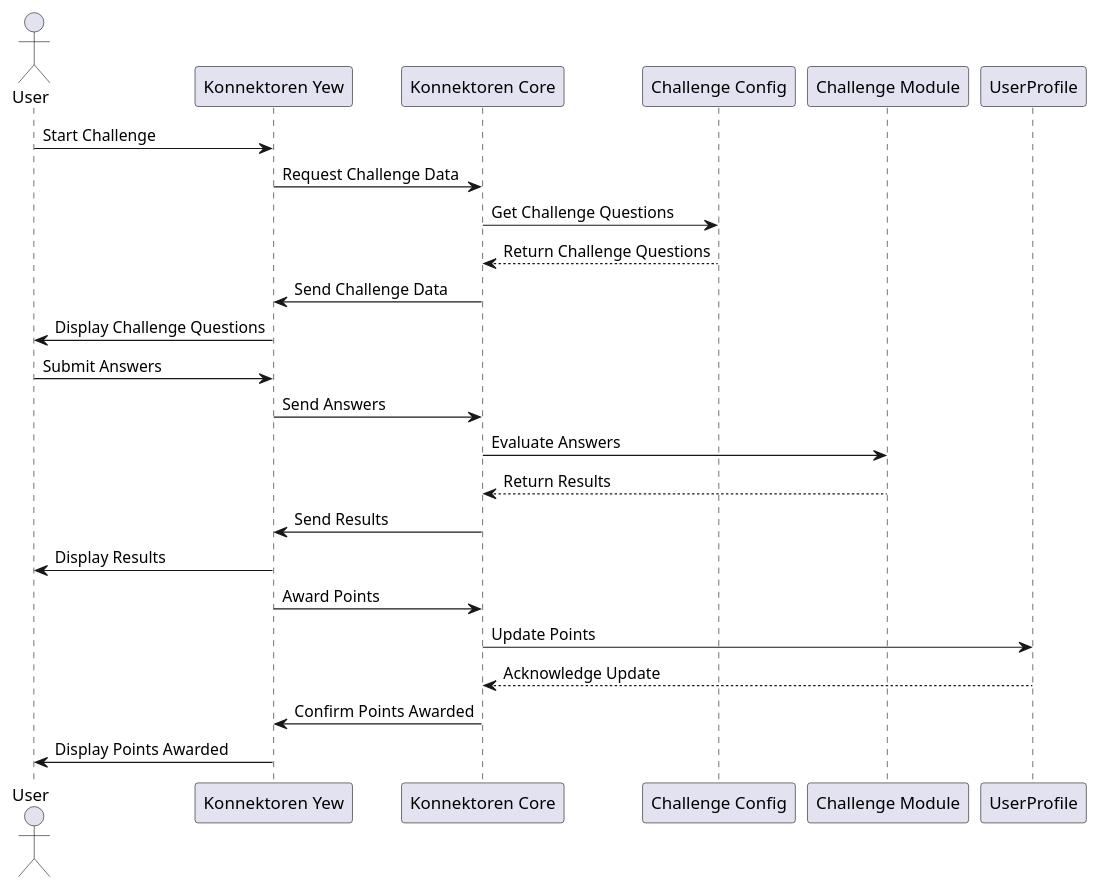
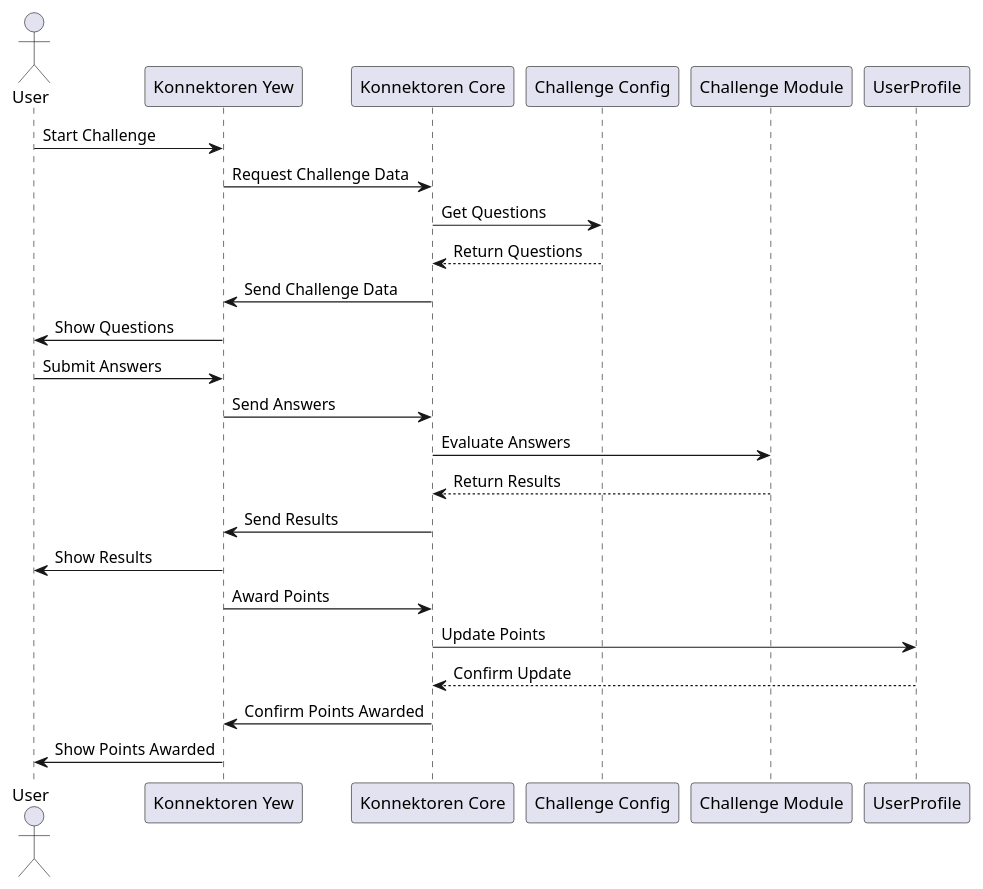
The third of 7 diagrams in docs/src/06_runtime_view.adoc (konnektoren/konnektoren-rs), drawn with PlantUML before and after one commit. The commit also changed other lines of this file, not shown here.

```diff
--- a/docs/src/06_runtime_view.adoc
+++ b/docs/src/06_runtime_view.adoc
@@ -117,30 +120,31 @@
 [plantuml, challenge-participation, png]
 ----
 @startuml
 actor User
 participant WebApp as "Konnektoren Yew"
 participant Core as "Konnektoren Core"
 participant ChallengeConfig as "Challenge Config"
 participant ChallengeModule as "Challenge Module"
+participant UserProfile
 
 User -> WebApp : Start Challenge
 WebApp -> Core : Request Challenge Data
-Core -> ChallengeConfig : Get Challenge Questions
-ChallengeConfig --> Core : Return Challenge Questions
+Core -> ChallengeConfig : Get Questions
+ChallengeConfig --> Core : Return Questions
 Core -> WebApp : Send Challenge Data
-WebApp -> User : Display Challenge Questions
+WebApp -> User : Show Questions
 
 User -> WebApp : Submit Answers
 WebApp -> Core : Send Answers
 Core -> ChallengeModule : Evaluate Answers
 ChallengeModule --> Core : Return Results
 Core -> WebApp : Send Results
-WebApp -> User : Display Results
+WebApp -> User : Show Results
 
 WebApp -> Core : Award Points
 Core -> UserProfile : Update Points
-UserProfile --> Core : Acknowledge Update
+UserProfile --> Core : Confirm Update
 Core -> WebApp : Confirm Points Awarded
-WebApp -> User : Display Points Awarded
+WebApp -> User : Show Points Awarded
 @enduml
 ----
```
